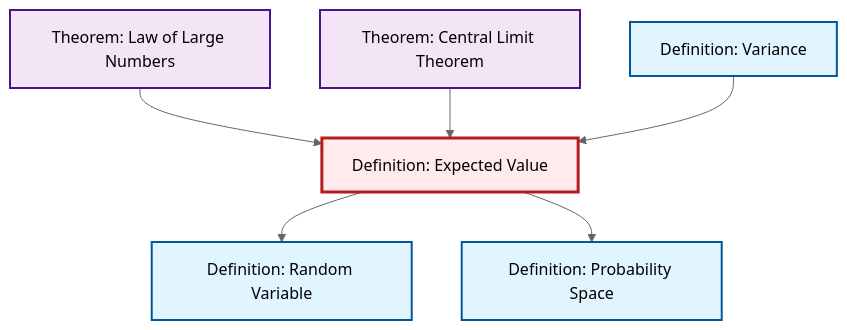
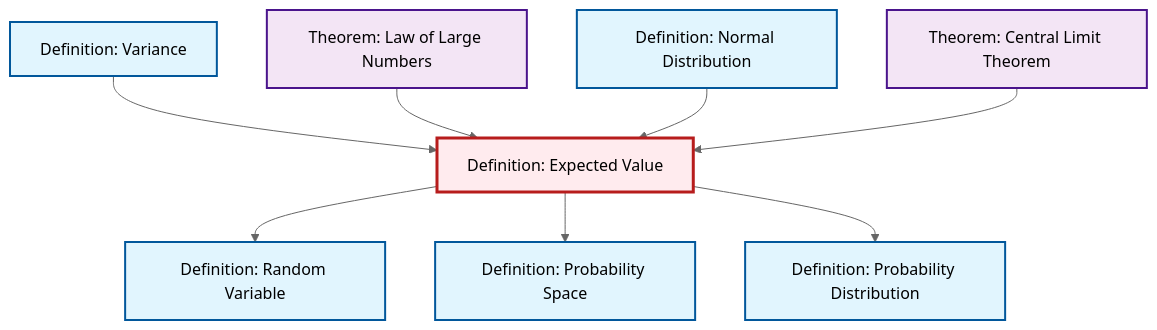
Before and after one commit to RK0429/ModernMath: the second of 2 diagrams in content/en/probability-statistics/def-expectation.qmd, drawn with Mermaid (neutral theme). The commit also changed other lines of this file and 634 other files, not shown here.

````diff
--- a/content/en/probability-statistics/def-expectation.qmd
+++ b/content/en/probability-statistics/def-expectation.qmd
@@ -87,26 +87,32 @@
 ```{mermaid}
 %%| fig-cap: "Local dependency graph"
 graph TD
     classDef definition fill:#e1f5fe,stroke:#01579b,stroke-width:2px
     classDef theorem fill:#f3e5f5,stroke:#4a148c,stroke-width:2px
     classDef axiom fill:#fff3e0,stroke:#e65100,stroke-width:2px
     classDef example fill:#e8f5e9,stroke:#1b5e20,stroke-width:2px
     classDef current fill:#ffebee,stroke:#b71c1c,stroke-width:3px
     thm-central-limit["Theorem: Central Limit Theorem"]:::theorem
+    def-probability-space["Definition: Probability Space"]:::definition
+    def-expectation["Definition: Expected Value"]:::definition
+    def-variance["Definition: Variance"]:::definition
+    def-probability-distribution["Definition: Probability Distribution"]:::definition
+    def-normal-distribution["Definition: Normal Distribution"]:::definition
     thm-law-of-large-numbers["Theorem: Law of Large Numbers"]:::theorem
-    def-expectation["Definition: Expected Value"]:::definition
-    def-probability-space["Definition: Probability Space"]:::definition
     def-random-variable["Definition: Random Variable"]:::definition
-    def-variance["Definition: Variance"]:::definition
+    def-variance --> def-expectation
+    thm-law-of-large-numbers --> def-expectation
+    def-normal-distribution --> def-expectation
     def-expectation --> def-random-variable
-    thm-law-of-large-numbers --> def-expectation
+    def-expectation --> def-probability-space
+    def-expectation --> def-probability-distribution
     thm-central-limit --> def-expectation
-    def-expectation --> def-probability-space
-    def-variance --> def-expectation
     class def-expectation current
     click thm-central-limit "thm-central-limit.html" "Go to Central Limit Theorem theorem"
+    click def-probability-space "def-probability-space.html" "Go to Probability Space definition"
+    click def-variance "def-variance.html" "Go to Variance definition"
+    click def-probability-distribution "def-probability-distribution.html" "Go to Probability Distribution definition"
+    click def-normal-distribution "def-normal-distribution.html" "Go to Normal Distribution definition"
     click thm-law-of-large-numbers "thm-law-of-large-numbers.html" "Go to Law of Large Numbers theorem"
-    click def-probability-space "def-probability-space.html" "Go to Probability Space definition"
     click def-random-variable "def-random-variable.html" "Go to Random Variable definition"
-    click def-variance "def-variance.html" "Go to Variance definition"
 ```
````
